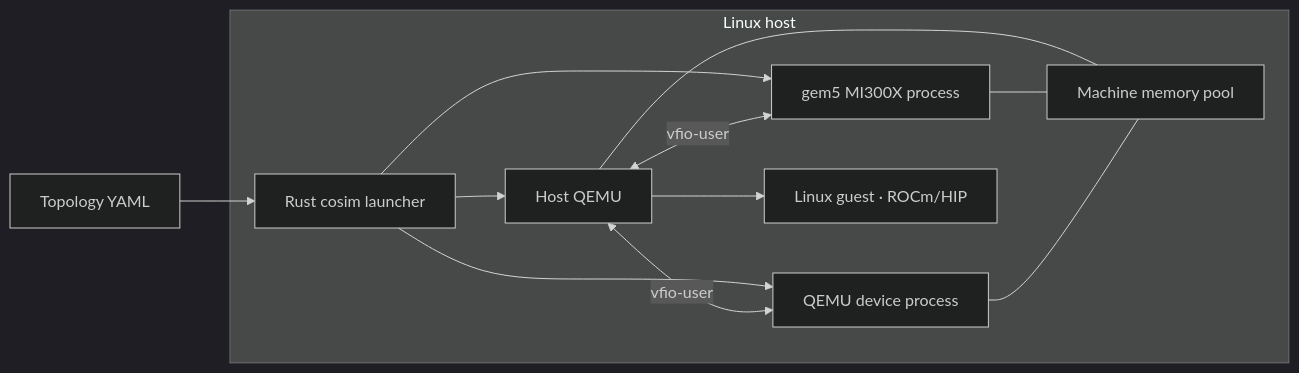
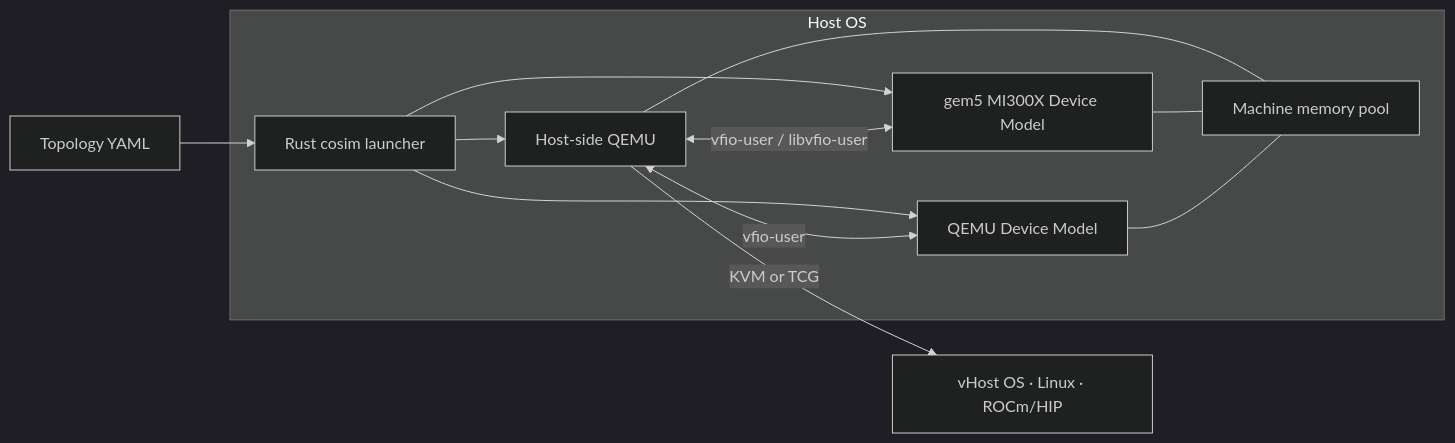
The diagram in README.md (chengchen512/cosim-gpu), drawn with Mermaid (dark theme) before and after one commit. The commit also changed other lines of this file and 45 other files, not shown here.

```diff
--- a/README.md
+++ b/README.md
@@ -32,16 +34,16 @@
 ~~~mermaid
 flowchart LR
     YAML[Topology YAML] --> CLI[Rust cosim launcher]
 
-    subgraph Linux host
-        CLI --> H[Host QEMU]
-        CLI --> G[gem5 MI300X process]
-        CLI --> Q[QEMU device process]
-        H <-->|vfio-user| G
+    subgraph Host OS
+        CLI --> H[Host-side QEMU]
+        CLI --> G[gem5 MI300X Device Model]
+        CLI --> Q[QEMU Device Model]
+        H <-->|vfio-user / libvfio-user| G
         H <-->|vfio-user| Q
         H --- P[Machine memory pool]
         G --- P
         Q --- P
-        H --> Guest[Linux guest · ROCm/HIP]
     end
+    H -->|KVM or TCG| V[vHost OS · Linux · ROCm/HIP]
 ~~~
```
